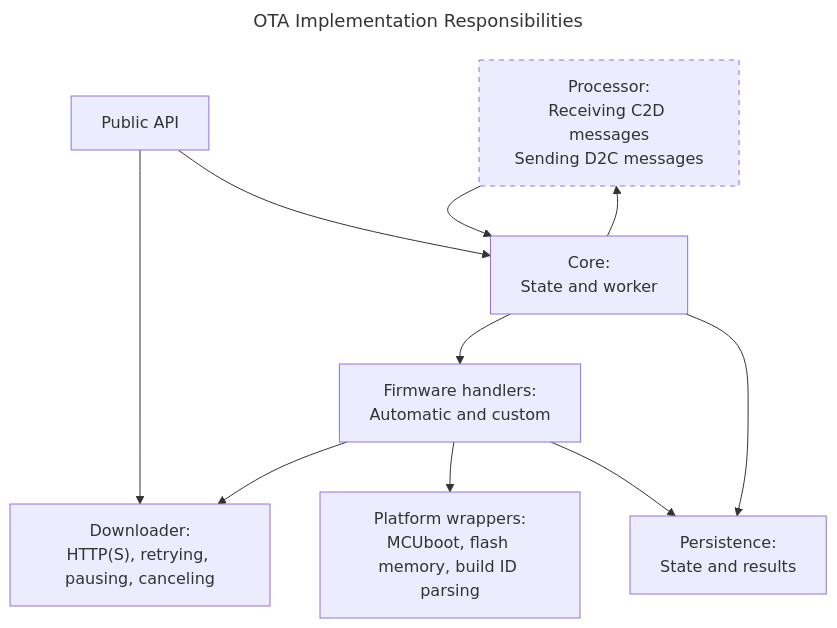
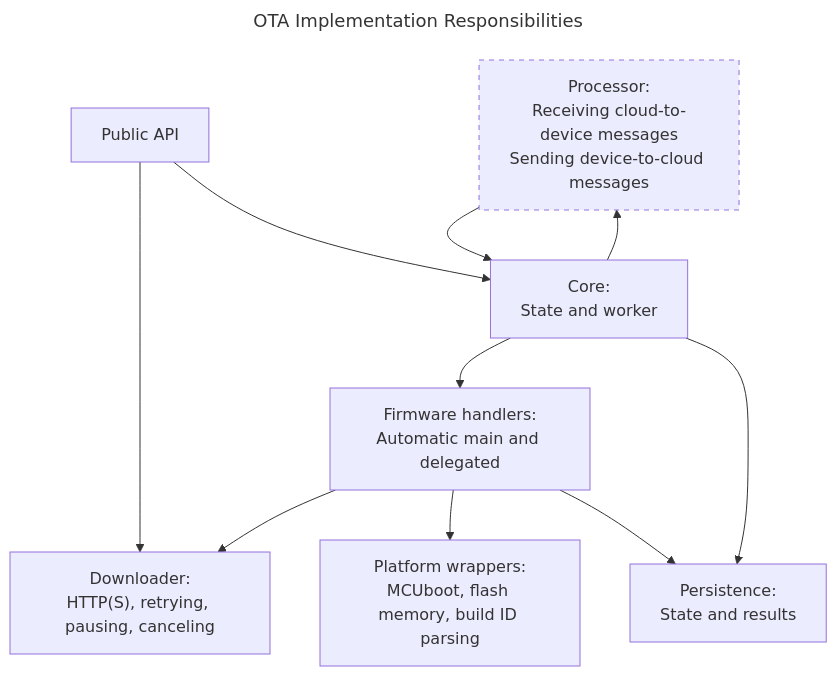
The fourth of 5 diagrams in README.md (spotflow-io/device-sdk), drawn with Mermaid before and after one commit. The commit also changed other lines of this file and 1 other file, not shown here.

````diff
--- a/README.md
+++ b/README.md
@@ -164,25 +177,25 @@
 ```mermaid
 ---
 title: OTA Implementation Responsibilities
 ---
 flowchart TD
-    processor[Processor:<br/>Receiving C2D messages<br/>Sending D2C messages]
+    processor[Processor:<br/>Receiving cloud-to-device messages<br/>Sending device-to-cloud messages]
     facade[Public API]
     core[Core:<br/>State and worker]
-    firmware[Firmware handlers:<br/>Automatic and custom]
+    firmware[Firmware handlers:<br/>Automatic main and delegated]
     downloader["Downloader:<br/>HTTP(S), retrying, pausing, canceling"]
     persistence[Persistence:<br/>State and results]
     platform[Platform wrappers:<br/>MCUboot, flash memory, build ID parsing]
 
     style processor stroke-dasharray: 5 5
 
     processor --> core
     facade --> downloader
     facade --> core
     core --> firmware
     core --> persistence
     core --> processor
     firmware --> downloader
     firmware --> platform
     firmware --> persistence
 ```
````
